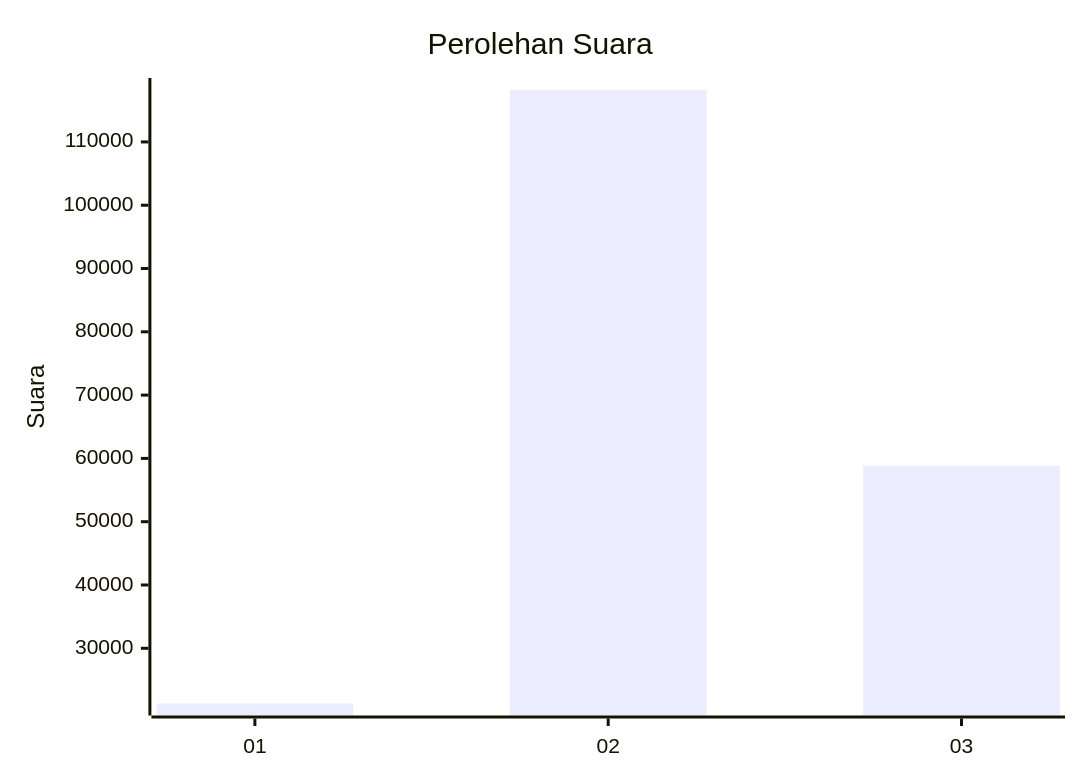
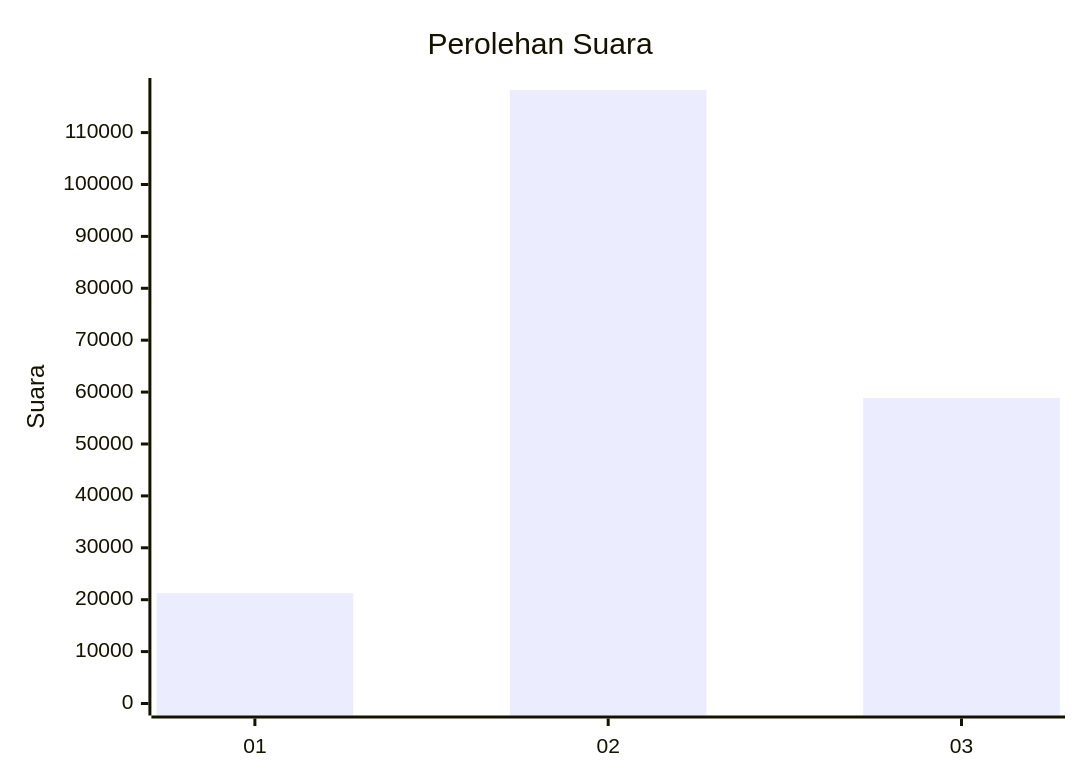
One commit to gigit-pemilu/pemilu-2024 changed the first of 2 diagrams in pilpres/hitung-suara/sub/table-wilayah-91.md. Above: the diagram before and after it, drawn with Mermaid. The commit also changed 42 other files, not shown here.

````diff
--- a/pilpres/hitung-suara/sub/table-wilayah-91.md
+++ b/pilpres/hitung-suara/sub/table-wilayah-91.md
@@ -7,7 +7,7 @@
 ```mermaid
 xychart-beta
     title "Perolehan Suara"
     x-axis [01, 02, 03]
-    y-axis "Suara"
+    y-axis "Suara" 0 --> 118204
     bar [21277, 118204, 58858]
 ```
````
